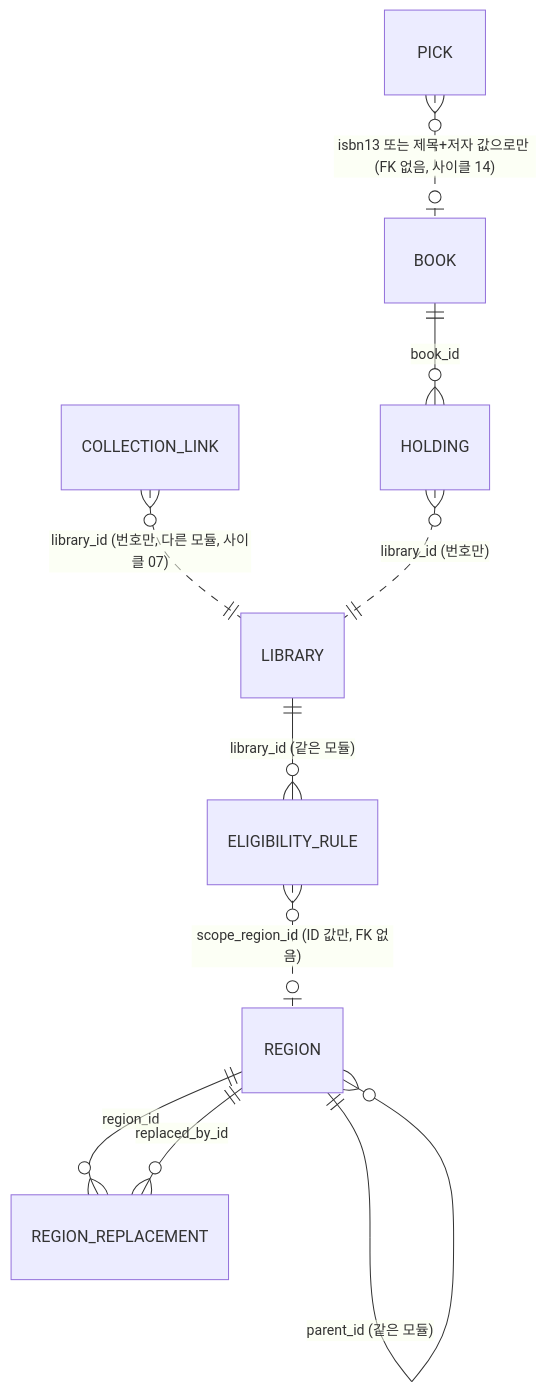
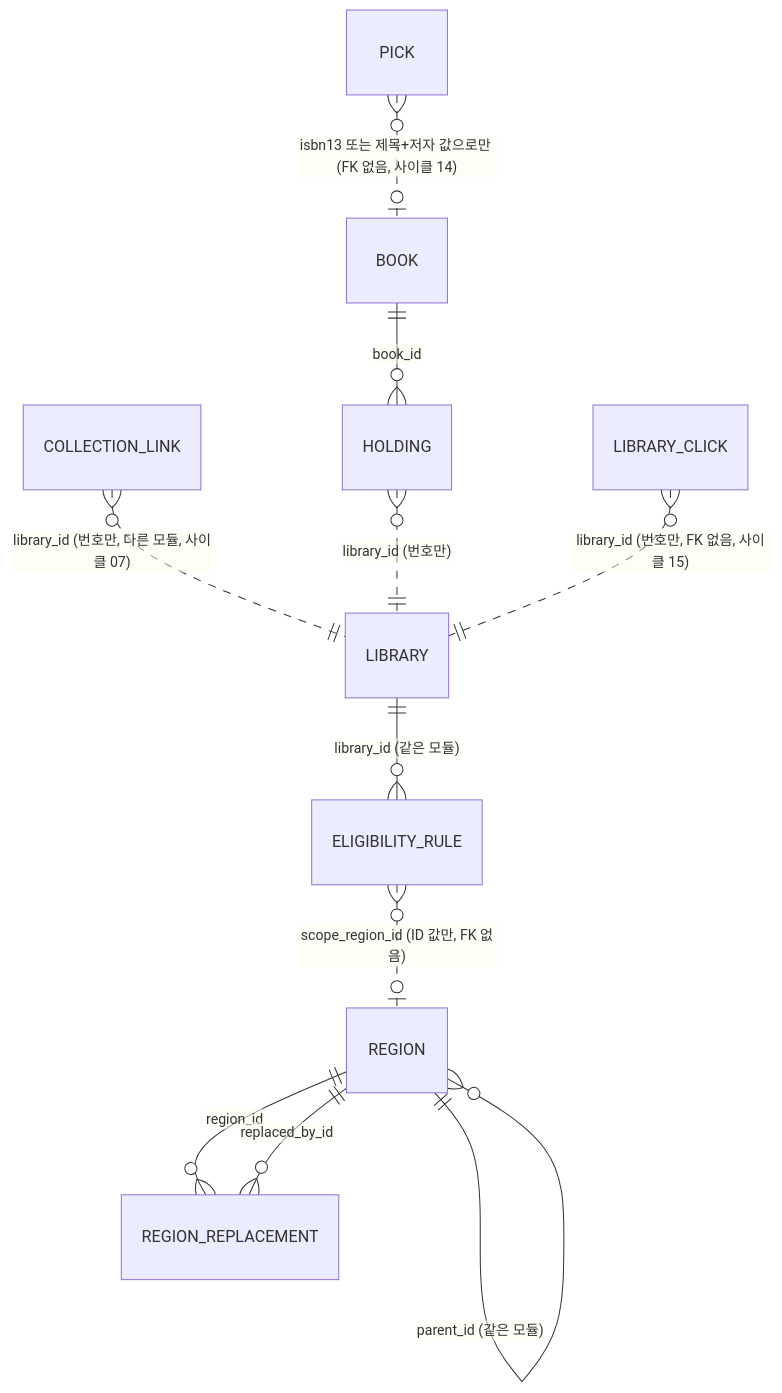
One commit to hodu-sketch/chaekcheck-plan changed the first of 8 diagrams in docs/current/data-model.md. Above: the diagram before and after it, drawn with Mermaid. The commit also changed other lines of this file and 3 other files, not shown here.

````diff
--- a/docs/current/data-model.md
+++ b/docs/current/data-model.md
@@ -50,12 +52,13 @@
 ```mermaid
 erDiagram
   REGION ||--o{ REGION : "parent_id (같은 모듈)"
   REGION ||--o{ REGION_REPLACEMENT : "region_id"
   REGION ||--o{ REGION_REPLACEMENT : "replaced_by_id"
   LIBRARY ||--o{ ELIGIBILITY_RULE : "library_id (같은 모듈)"
   ELIGIBILITY_RULE }o..o| REGION : "scope_region_id (ID 값만, FK 없음)"
   COLLECTION_LINK }o..|| LIBRARY : "library_id (번호만, 다른 모듈, 사이클 07)"
   BOOK ||--o{ HOLDING : "book_id"
   HOLDING }o..|| LIBRARY : "library_id (번호만)"
   PICK }o..o| BOOK : "isbn13 또는 제목+저자 값으로만 (FK 없음, 사이클 14)"
+  LIBRARY_CLICK }o..|| LIBRARY : "library_id (번호만, FK 없음, 사이클 15)"
 ```
````
